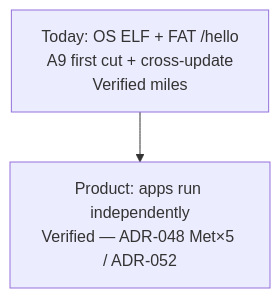
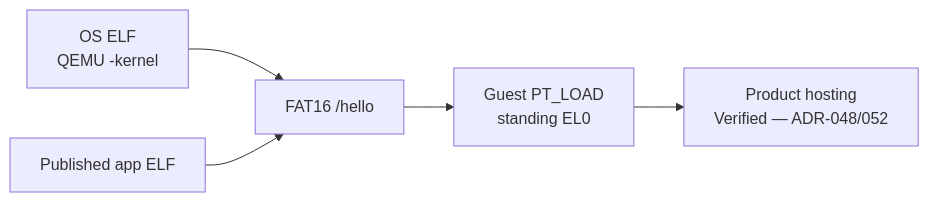
Before and after one commit to artofdream/ctos: the first of 2 diagrams in docs/overview/hosting-apps.md, drawn with Mermaid. The commit also changed other lines of this file and 3 other files, not shown here.

First line of the commit message:
docs: add Mermaid architecture diagrams for newcomers

````diff
--- a/docs/overview/hosting-apps.md
+++ b/docs/overview/hosting-apps.md
@@ -15,6 +15,7 @@
 ```mermaid
-flowchart TD
-  TODAY["Today: OS ELF + FAT /hello<br/>A9 first cut + cross-update<br/>Verified miles"]
-  CLAIM["Product: apps run independently<br/>Verified — ADR-048 Met×5 / ADR-052"]
-  TODAY --> CLAIM
+flowchart LR
+  OS["OS ELF<br/>QEMU -kernel"] --> FAT["FAT16 /hello"]
+  APP["Published app ELF"] --> FAT
+  FAT --> LOAD["Guest PT_LOAD<br/>standing EL0"]
+  LOAD --> CLAIM["Product hosting<br/>Verified — ADR-048/052"]
 ```
````
